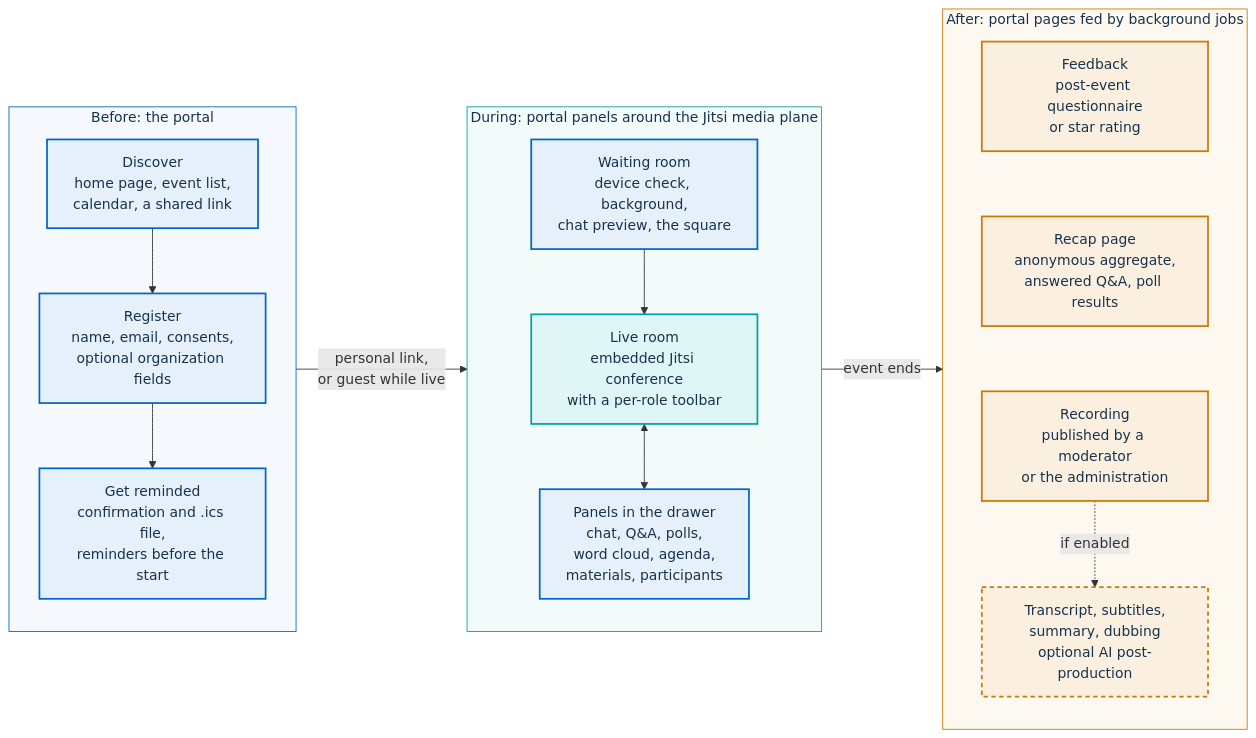
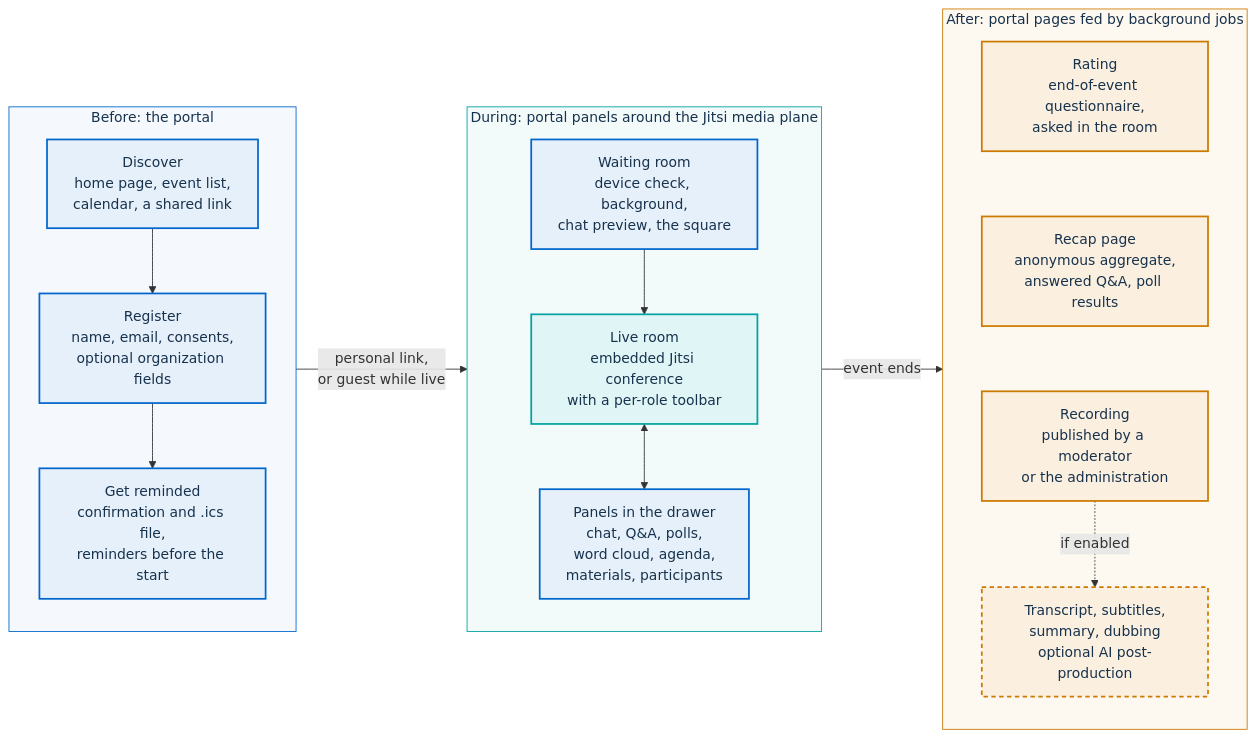
The first of 2 diagrams in docs/FEATURES.md (italia/pa-webinar), drawn with Mermaid before and after one commit. The commit also changed other lines of this file and 11 other files, not shown here.

````diff
--- a/docs/FEATURES.md
+++ b/docs/FEATURES.md
@@ -26,45 +26,45 @@
 ```mermaid
 flowchart LR
   subgraph BEFORE["Before: the portal"]
     direction TB
     B1["Discover<br/>home page, event list,<br/>calendar, a shared link"]
     B2["Register<br/>name, email, consents,<br/>optional organization fields"]
     B3["Get reminded<br/>confirmation and .ics file,<br/>reminders before the start"]
     B1 --> B2 --> B3
   end
 
   subgraph DURING["During: portal panels around the Jitsi media plane"]
     direction TB
     D1["Waiting room<br/>device check, background,<br/>chat preview, the square"]
     D2["Live room<br/>embedded Jitsi conference<br/>with a per-role toolbar"]
     D3["Panels in the drawer<br/>chat, Q&A, polls,<br/>word cloud, agenda,<br/>materials, participants"]
     D1 --> D2 <--> D3
   end
 
   subgraph AFTER["After: portal pages fed by background jobs"]
     direction TB
-    A1["Feedback<br/>post-event questionnaire<br/>or star rating"]
+    A1["Rating<br/>end-of-event questionnaire,<br/>asked in the room"]
     A2["Recap page<br/>anonymous aggregate,<br/>answered Q&A, poll results"]
     A3["Recording<br/>published by a moderator<br/>or the administration"]
     A4["Transcript, subtitles,<br/>summary, dubbing<br/>optional AI post-production"]
     A1 ~~~ A2 ~~~ A3
     A3 -. "if enabled" .-> A4
   end
 
   BEFORE -- "personal link,<br/>or guest while live" --> DURING
   DURING -- "event ends" --> AFTER
 
   classDef portal fill:#E6F0FA,stroke:#0066CC,stroke-width:2px,color:#17324D
   classDef media fill:#E0F5F5,stroke:#00A3A3,stroke-width:2px,color:#17324D
   classDef job fill:#FBF0E0,stroke:#CC7A00,stroke-width:2px,color:#17324D
   classDef optional fill:#FBF0E0,stroke:#CC7A00,stroke-width:2px,stroke-dasharray:5 4,color:#17324D
 
   class B1,B2,B3,D1,D3 portal
   class D2 media
   class A1,A2,A3 job
   class A4 optional
 
   style BEFORE fill:#F5F9FD,stroke:#0066CC,stroke-width:1px,color:#17324D
   style DURING fill:#F2FAFA,stroke:#00A3A3,stroke-width:1px,color:#17324D
   style AFTER fill:#FDF8F0,stroke:#CC7A00,stroke-width:1px,color:#17324D
 ```
````
